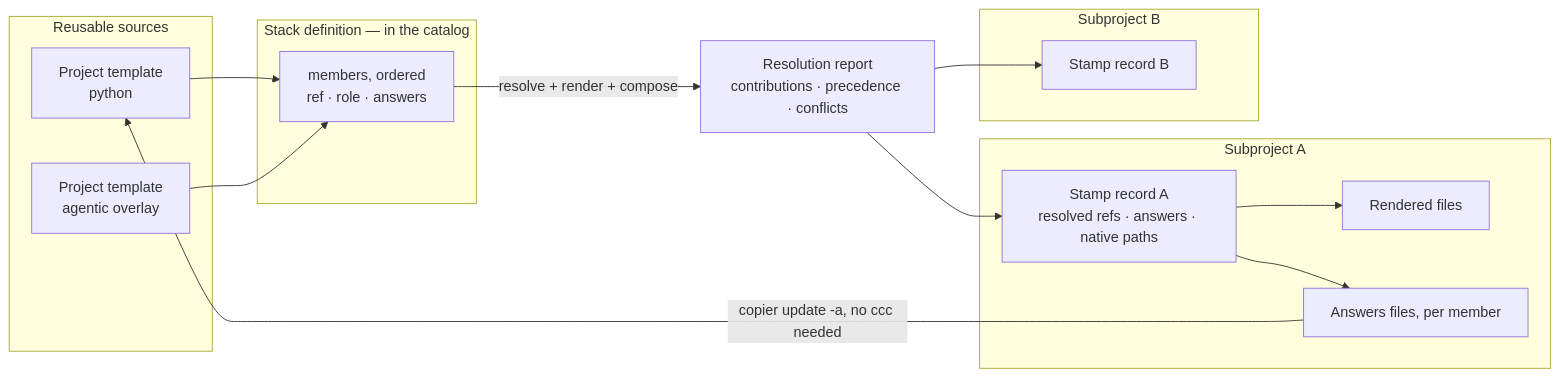
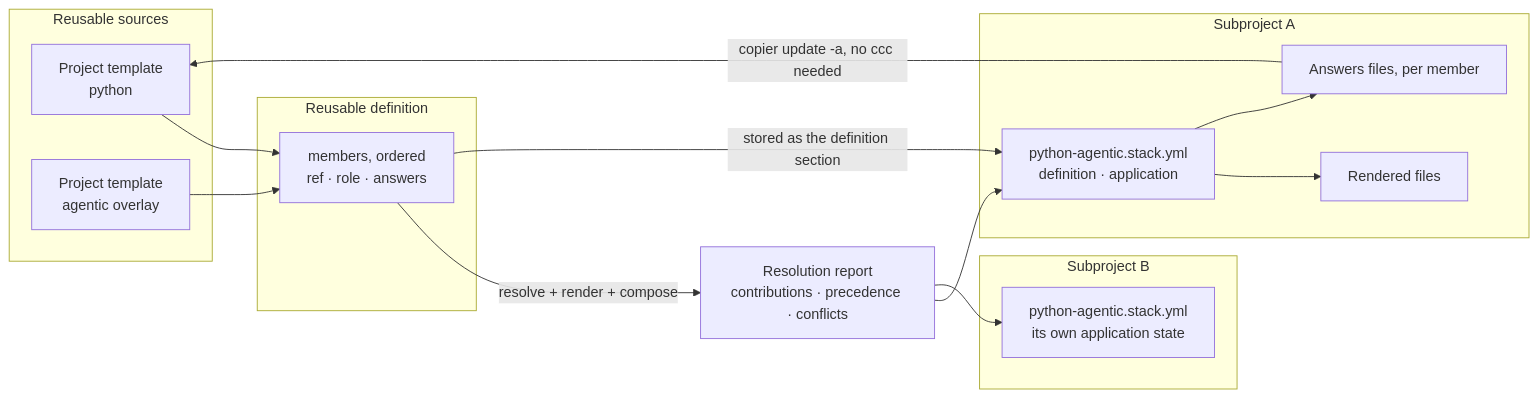
The diagram in docs/stack-specification.md (bengineerdavis/copier-cat), drawn with Mermaid before and after one commit. The commit also changed other lines of this file and 10 other files, not shown here.

````diff
--- a/docs/stack-specification.md
+++ b/docs/stack-specification.md
@@ -53,33 +63,34 @@
 ```mermaid
 flowchart LR
     subgraph sources["Reusable sources"]
         T1["Project template<br/>python"]
         T2["Project template<br/>agentic overlay"]
     end
 
-    subgraph defn["Stack definition — in the catalog"]
+    subgraph defn["Reusable definition"]
         D["members, ordered<br/>ref · role · answers"]
     end
 
     T1 --> D
     T2 --> D
 
     D -->|"resolve + render + compose"| R["Resolution report<br/>contributions · precedence · conflicts"]
 
     subgraph sub["Subproject A"]
-        S1["Stamp record A<br/>resolved refs · answers · native paths"]
+        S1["python-agentic.stack.yml<br/>definition · application"]
         F1["Rendered files"]
         N1["Answers files, per member"]
     end
 
     subgraph sub2["Subproject B"]
-        S2["Stamp record B"]
+        S2["python-agentic.stack.yml<br/>its own application state"]
     end
 
+    D -->|"stored as the definition section"| S1
     R --> S1
     R --> S2
     S1 --> F1
     S1 --> N1
 
     N1 -->|"copier update -a, no ccc needed"| T1
 ```
````
